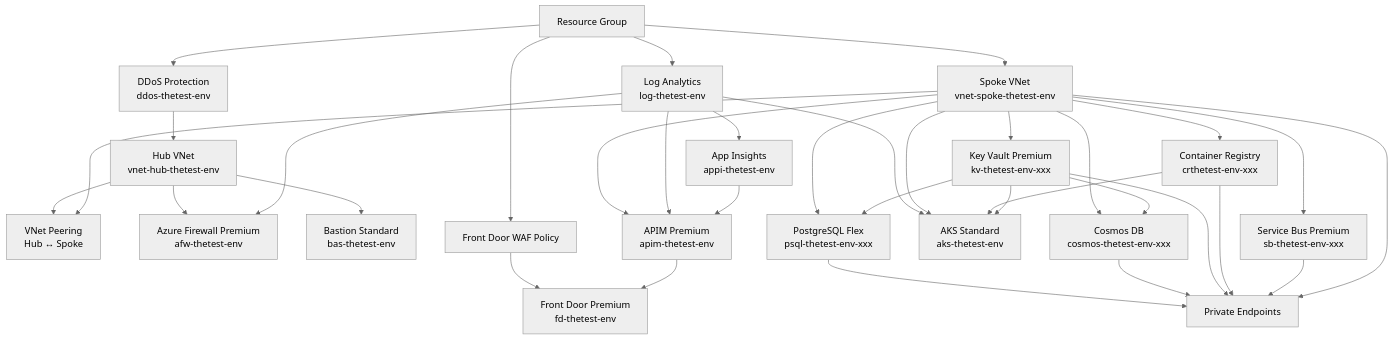
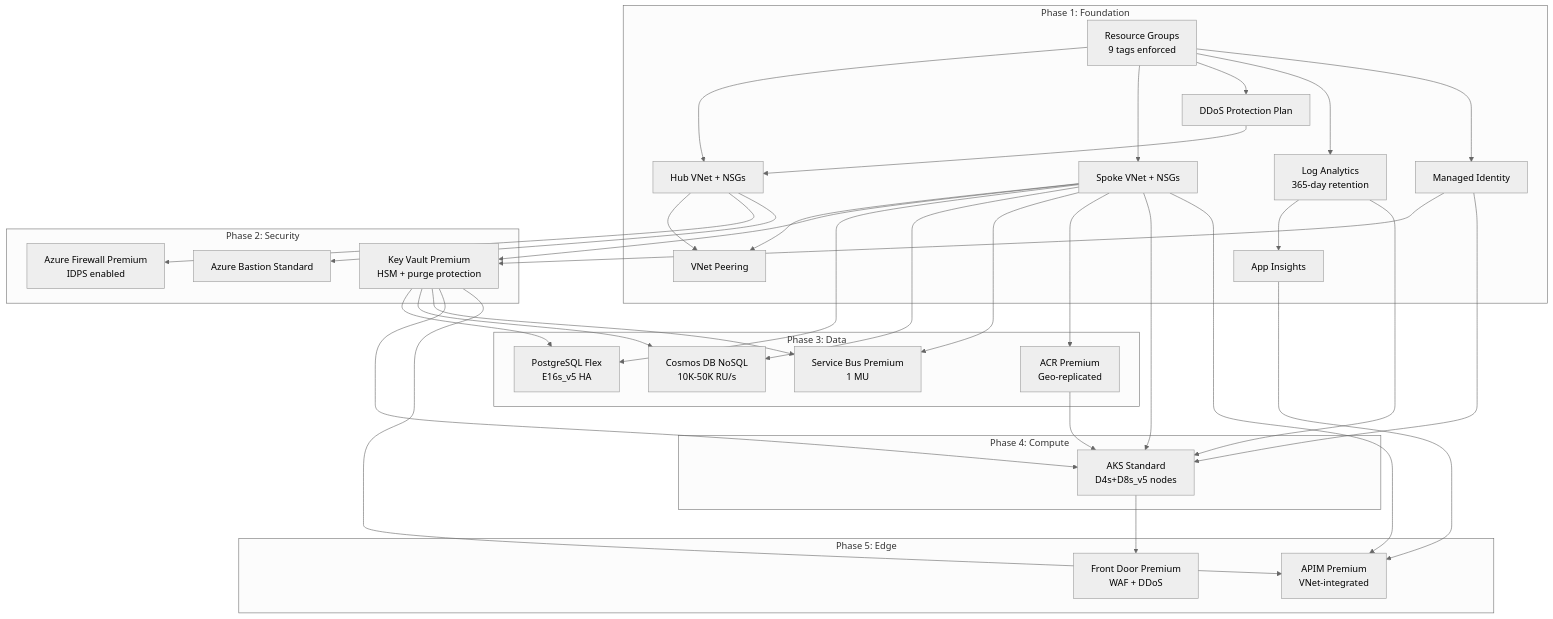
The diagram in agent-output/the-test/04-implementation-plan.md (jonathan-vella/apex), drawn with Mermaid before and after one commit. The commit also changed other lines of this file and 3 other files, not shown here.

Commit message:
docs: update workflow diagram and gh trigger

````diff
--- a/agent-output/the-test/04-implementation-plan.md
+++ b/agent-output/the-test/04-implementation-plan.md
@@ -650,46 +554,47 @@
 ```mermaid
 %%{init: {'theme':'neutral'}}%%
 graph TD
-    RG[Resource Group] --> LOG[Log Analytics<br/>log-thetest-env]
-    LOG --> APPI[App Insights<br/>appi-thetest-env]
-    RG --> DDOS[DDoS Protection<br/>ddos-thetest-env]
+    subgraph "Phase 1: Foundation"
+        RG[Resource Groups<br/>9 tags enforced] --> HUB[Hub VNet + NSGs]
+        RG --> SPOKE[Spoke VNet + NSGs]
+        RG --> DDOS[DDoS Protection Plan]
+        RG --> LOG[Log Analytics<br/>365-day retention]
+        RG --> ID[Managed Identity]
+        HUB --> PEER[VNet Peering]
+        SPOKE --> PEER
+        DDOS --> HUB
+        LOG --> APPI[App Insights]
+    end
 
-    DDOS --> HVNET[Hub VNet<br/>vnet-hub-thetest-env]
-    RG --> SVNET[Spoke VNet<br/>vnet-spoke-thetest-env]
+    subgraph "Phase 2: Security"
+        HUB --> FW[Azure Firewall Premium<br/>IDPS enabled]
+        HUB --> BAS[Azure Bastion Standard]
+        SPOKE --> KV[Key Vault Premium<br/>HSM + purge protection]
+        ID --> KV
+    end
 
-    HVNET --> PEER[VNet Peering<br/>Hub ↔ Spoke]
-    SVNET --> PEER
+    subgraph "Phase 3: Data"
+        SPOKE --> PSQL[PostgreSQL Flex<br/>E16s_v5 HA]
+        SPOKE --> COSMOS[Cosmos DB NoSQL<br/>10K-50K RU/s]
+        SPOKE --> SB[Service Bus Premium<br/>1 MU]
+        SPOKE --> ACR[ACR Premium<br/>Geo-replicated]
+        KV --> PSQL
+        KV --> COSMOS
+        KV --> SB
+    end
 
-    HVNET --> AFW[Azure Firewall Premium<br/>afw-thetest-env]
-    HVNET --> BAS[Bastion Standard<br/>bas-thetest-env]
-    LOG --> AFW
+    subgraph "Phase 4: Compute"
+        SPOKE --> AKS[AKS Standard<br/>D4s+D8s_v5 nodes]
+        ACR --> AKS
+        KV --> AKS
+        LOG --> AKS
+        ID --> AKS
+    end
 
-    SVNET --> KV[Key Vault Premium<br/>kv-thetest-env-xxx]
-    SVNET --> PSQL[PostgreSQL Flex<br/>psql-thetest-env-xxx]
-    SVNET --> COSMOS[Cosmos DB<br/>cosmos-thetest-env-xxx]
-    SVNET --> ACR[Container Registry<br/>crthetest-env-xxx]
-    SVNET --> SB[Service Bus Premium<br/>sb-thetest-env-xxx]
-
-    KV --> PSQL
-    KV --> COSMOS
-
-    LOG --> AKS[AKS Standard<br/>aks-thetest-env]
-    SVNET --> AKS
-    ACR --> AKS
-    KV --> AKS
-
-    SVNET --> APIM[APIM Premium<br/>apim-thetest-env]
-    LOG --> APIM
-    APPI --> APIM
-
-    RG --> WAFFD[Front Door WAF Policy]
-    WAFFD --> FD[Front Door Premium<br/>fd-thetest-env]
-    APIM --> FD
-
-    PSQL --> PE[Private Endpoints]
-    COSMOS --> PE
-    KV --> PE
-    ACR --> PE
-    SB --> PE
-    SVNET --> PE
+    subgraph "Phase 5: Edge"
+        AKS --> FD[Front Door Premium<br/>WAF + DDoS]
+        SPOKE --> APIM[APIM Premium<br/>VNet-integrated]
+        KV --> APIM
+        APPI --> APIM
+    end
 ```
````
